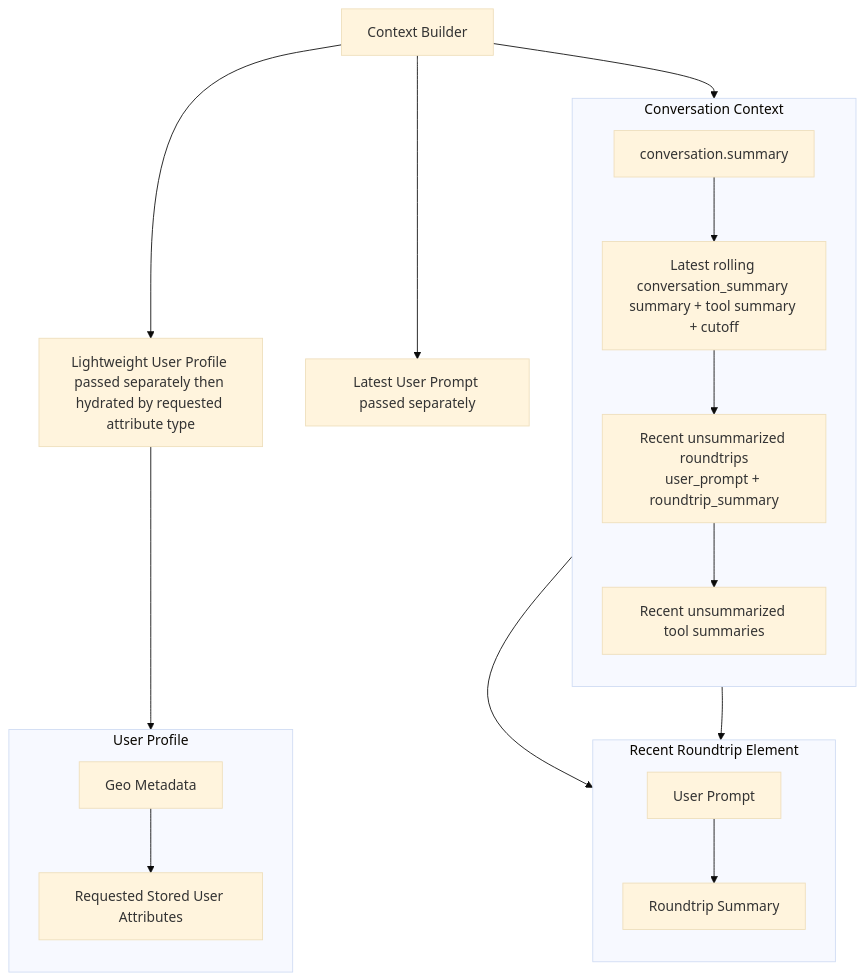
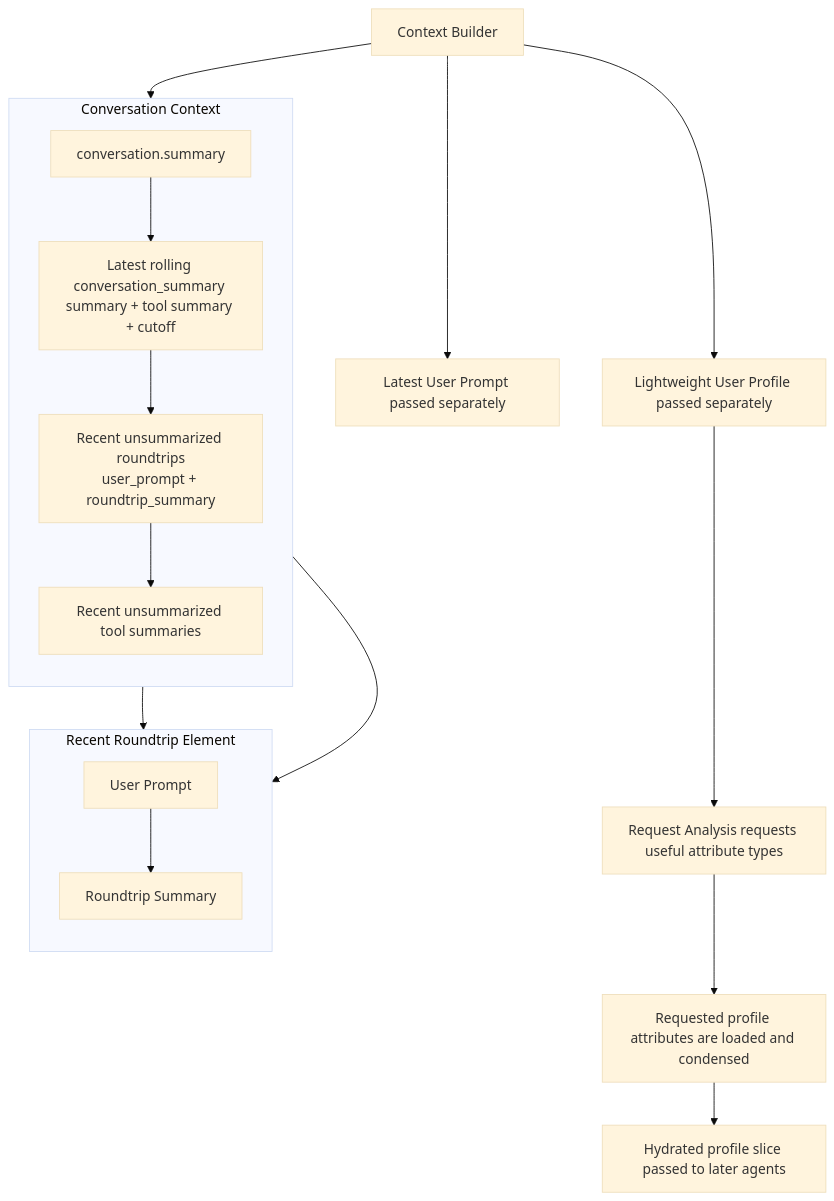
Before and after one commit to mikeshutov/llm_poc: the second of 3 diagrams in README.md, drawn with Mermaid (base theme). The commit also changed other lines of this file and 15 other files, not shown here.

````diff
--- a/README.md
+++ b/README.md
@@ -69,34 +78,29 @@
 ```mermaid
 flowchart TD
     A[Context Builder] --> B
     subgraph B[Conversation Context]
         direction TB
         M1["conversation.summary"]
         M2["Latest rolling conversation_summary summary + tool summary + cutoff"]
         M3["Recent unsummarized roundtrips
 user_prompt + roundtrip_summary"]
         M4["Recent unsummarized tool summaries"]
         M1 --> M2 --> M3 --> M4
     end
 
     A --> D[Latest User Prompt passed separately]
-    A --> E[Lightweight User Profile passed separately then hydrated by requested attribute type]
+    A --> E[Lightweight User Profile passed separately]
+    E --> F[Request Analysis requests useful attribute types]
+    F --> G[Requested profile attributes are loaded and condensed]
+    G --> H[Hydrated profile slice passed to later agents]
 
     subgraph C[Recent Roundtrip Element]
         direction TB
         N1["User Prompt"]
         N2["Roundtrip Summary"]
         N1 --> N2
     end
 
-    subgraph F[User Profile]
-        direction TB
-        P1["Geo Metadata"]
-        P2["Requested Stored User Attributes"]
-        P1 --> P2
-    end
-
     M3 --> C
     M4 --> C
-    E --> F
 ```
````
